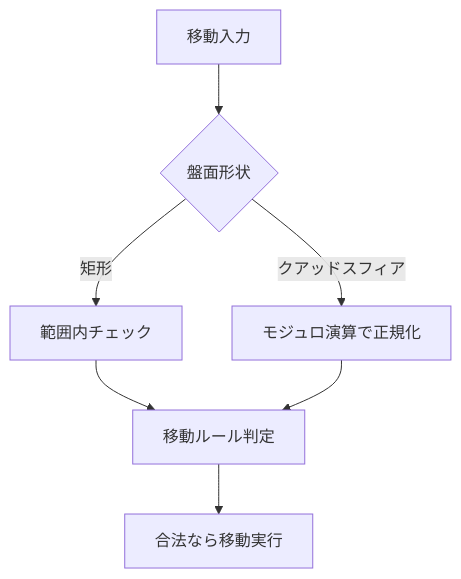
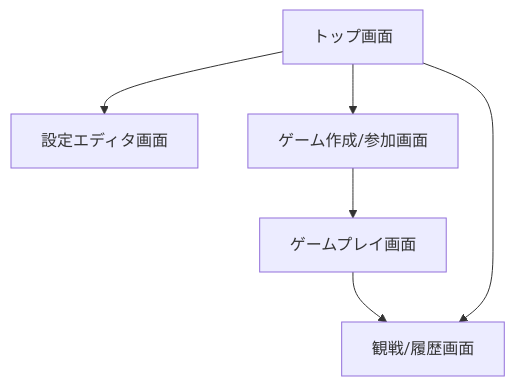
Before and after one commit to ikokeba/FelxiBoard: the third of 3 diagrams in specifications/03_algorithm.md, drawn with Mermaid. The commit also changed other lines of this file and 4 other files, not shown here.

````diff
--- a/specifications/03_algorithm.md
+++ b/specifications/03_algorithm.md
@@ -42,8 +211,14 @@
 ```mermaid
 flowchart TD
-    A[移動入力] --> B{盤面形状}
-    B -- 矩形 --> C[範囲内チェック]
-    B -- クアッドスフィア --> D[モジュロ演算で正規化]
-    C & D --> E[移動ルール判定]
-    E --> F[合法なら移動実行]
+  S1[トップ画面]
+  S2[設定エディタ画面]
+  S3[ゲーム作成/参加画面]
+  S4[ゲームプレイ画面]
+  S5[観戦/履歴画面]
+
+  S1 --> S2
+  S1 --> S3
+  S3 --> S4
+  S4 --> S5
+  S1 --> S5
 ```
````
